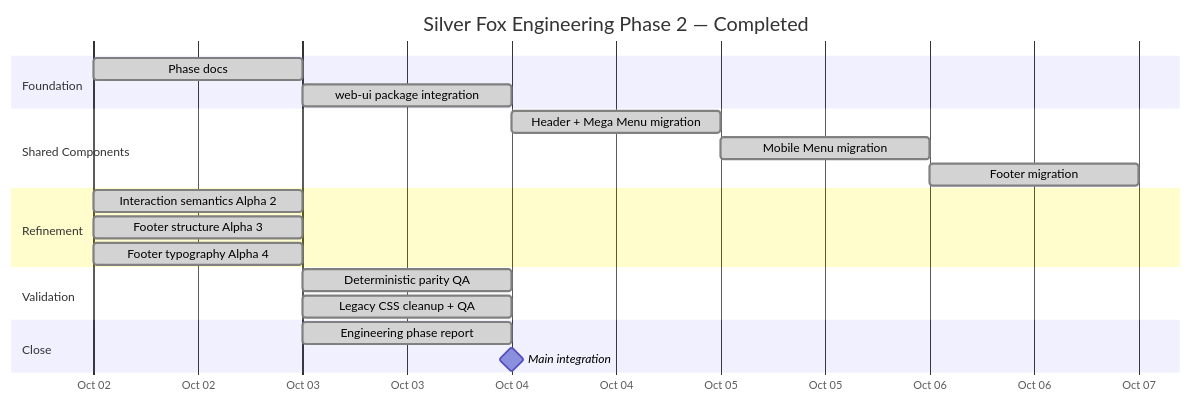
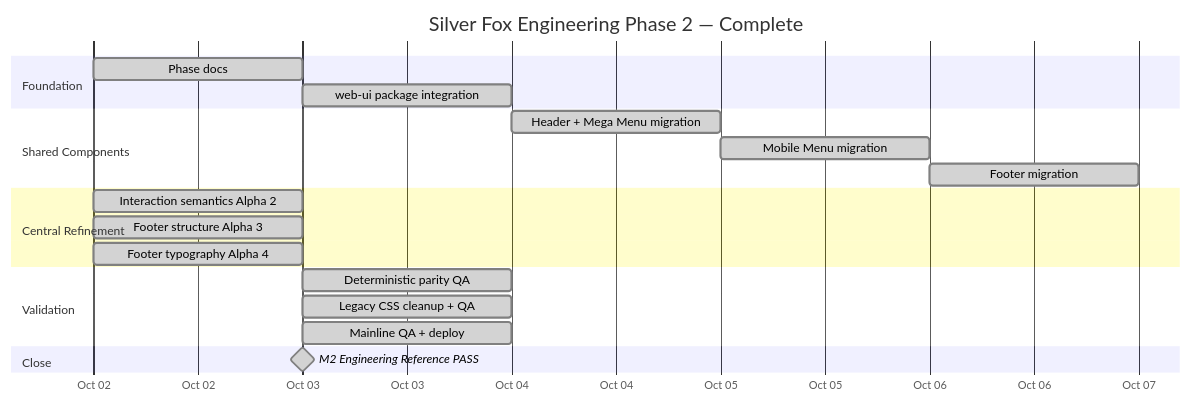
One commit to silverfoxcloud/silverfox-engineering changed the diagram in docs/project/phase-2/GANTT.md. Above: the diagram before and after it, drawn with Mermaid. The commit also changed other lines of this file and 7 other files, not shown here.

````diff
--- a/docs/project/phase-2/GANTT.md
+++ b/docs/project/phase-2/GANTT.md
@@ -3,28 +3,28 @@
 ```mermaid
 gantt
-    title Silver Fox Engineering Phase 2 — Completed
+    title Silver Fox Engineering Phase 2 — Complete
     dateFormat  YYYY-MM-DD
     axisFormat  %b %d
 
     section Foundation
     Phase docs                         :done, e20, 2026-10-02, 1d
     web-ui package integration         :done, e21, after e20, 1d
 
     section Shared Components
     Header + Mega Menu migration       :done, e22, after e21, 1d
     Mobile Menu migration              :done, e23, after e22, 1d
     Footer migration                   :done, e24, after e23, 1d
 
-    section Refinement
+    section Central Refinement
     Interaction semantics Alpha 2      :done, e25, 2026-10-02, 1d
     Footer structure Alpha 3           :done, e26, 2026-10-02, 1d
     Footer typography Alpha 4          :done, e27, 2026-10-02, 1d
 
     section Validation
     Deterministic parity QA            :done, e28, 2026-10-03, 1d
     Legacy CSS cleanup + QA            :done, e29, 2026-10-03, 1d
+    Mainline QA + deploy               :done, e30, 2026-10-03, 1d
 
     section Close
-    Engineering phase report           :done, e30, 2026-10-03, 1d
-    Main integration                   :milestone, e31, after e30, 0d
+    M2 Engineering Reference PASS      :milestone, done, e31, 2026-10-03, 0d
 ```
````
